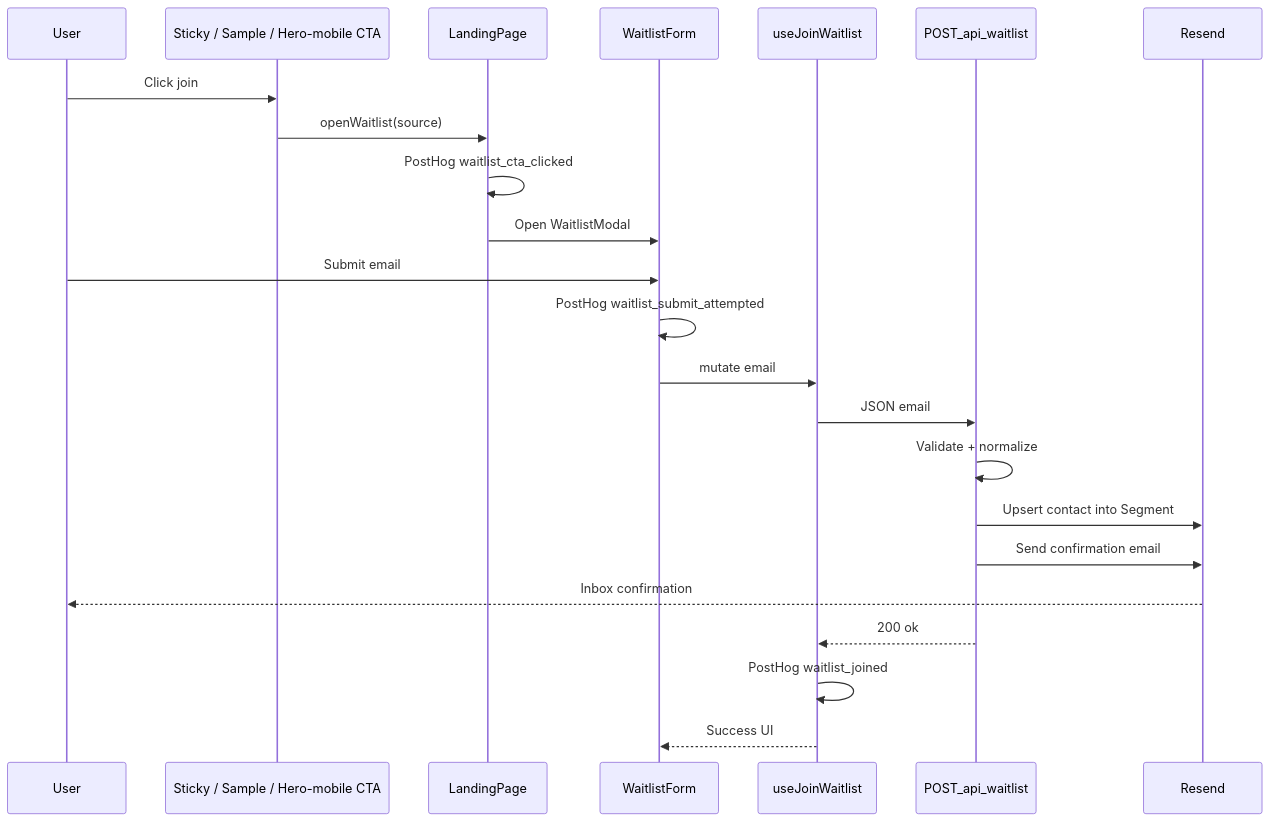
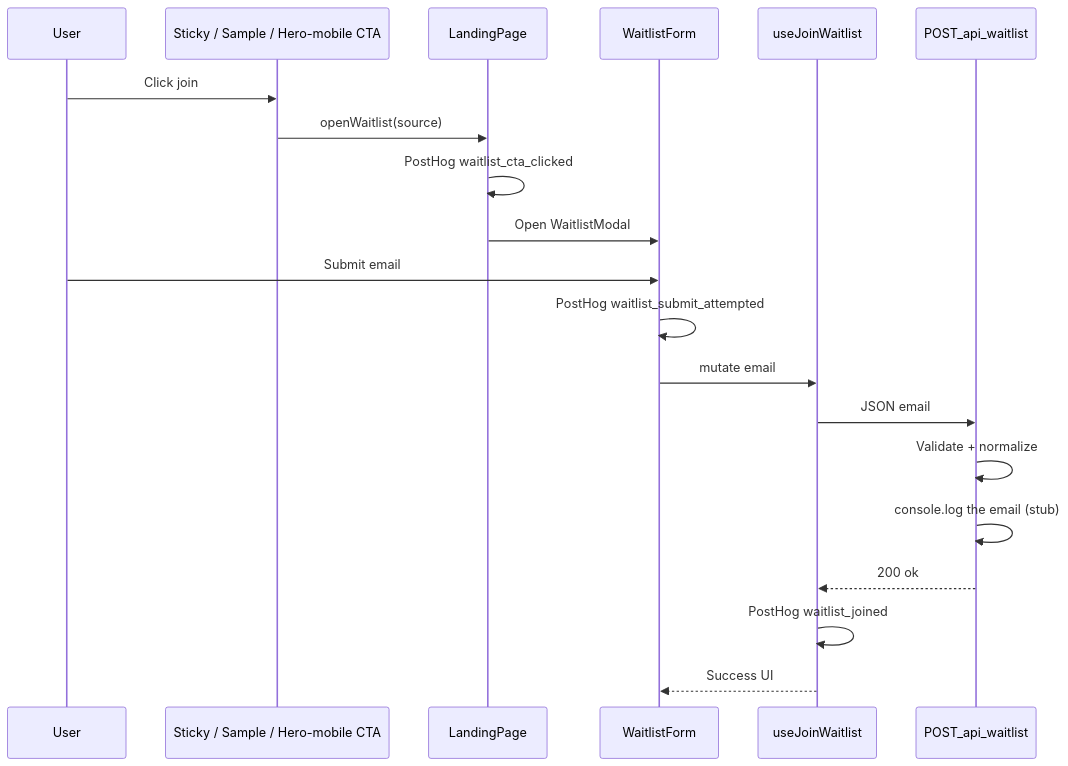
The diagram in docs/06-waitlist-and-email.md (niiischall/drivescore-app), drawn with Mermaid before and after one commit. The commit also changed other lines of this file and 28 other files, not shown here.

````diff
--- a/docs/06-waitlist-and-email.md
+++ b/docs/06-waitlist-and-email.md
@@ -12,26 +12,23 @@
 ```mermaid
 sequenceDiagram
   participant User
   participant CTA as Sticky / Sample / Hero-mobile CTA
   participant Page as LandingPage
   participant Form as WaitlistForm
   participant Hook as useJoinWaitlist
   participant API as POST_api_waitlist
-  participant Resend
 
   User->>CTA: Click join
   CTA->>Page: openWaitlist(source)
   Page->>Page: PostHog waitlist_cta_clicked
   Page->>Form: Open WaitlistModal
   User->>Form: Submit email
   Form->>Form: PostHog waitlist_submit_attempted
   Form->>Hook: mutate email
   Hook->>API: JSON email
   API->>API: Validate + normalize
-  API->>Resend: Upsert contact into Segment
-  API->>Resend: Send confirmation email
-  Resend-->>User: Inbox confirmation
+  API->>API: console.log the email (stub)
   API-->>Hook: 200 ok
   Hook->>Hook: PostHog waitlist_joined
   Hook-->>Form: Success UI
 ```
````
